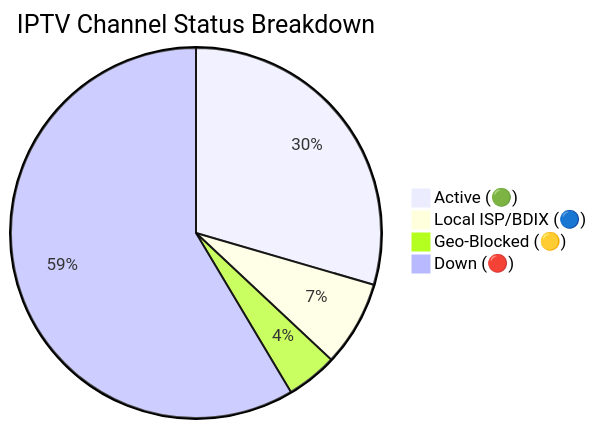
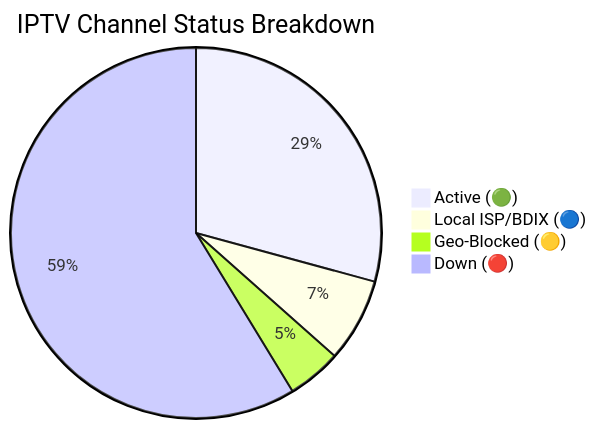
The diagram in README.md (Zaman-Topu/Ip-tv-Collection), drawn with Mermaid before and after one commit. The commit also changed other lines of this file and 6 other files, not shown here.

````diff
--- a/README.md
+++ b/README.md
@@ -149,7 +149,7 @@
 ```mermaid
 pie title IPTV Channel Status Breakdown
-    "Active (🟢)" : 10755
-    "Local ISP/BDIX (🔵)" : 2722
-    "Geo-Blocked (🟡)" : 1625
-    "Down (🔴)" : 21344
+    "Active (🟢)" : 10966
+    "Local ISP/BDIX (🔵)" : 2745
+    "Geo-Blocked (🟡)" : 1775
+    "Down (🔴)" : 22027
 ```
````
